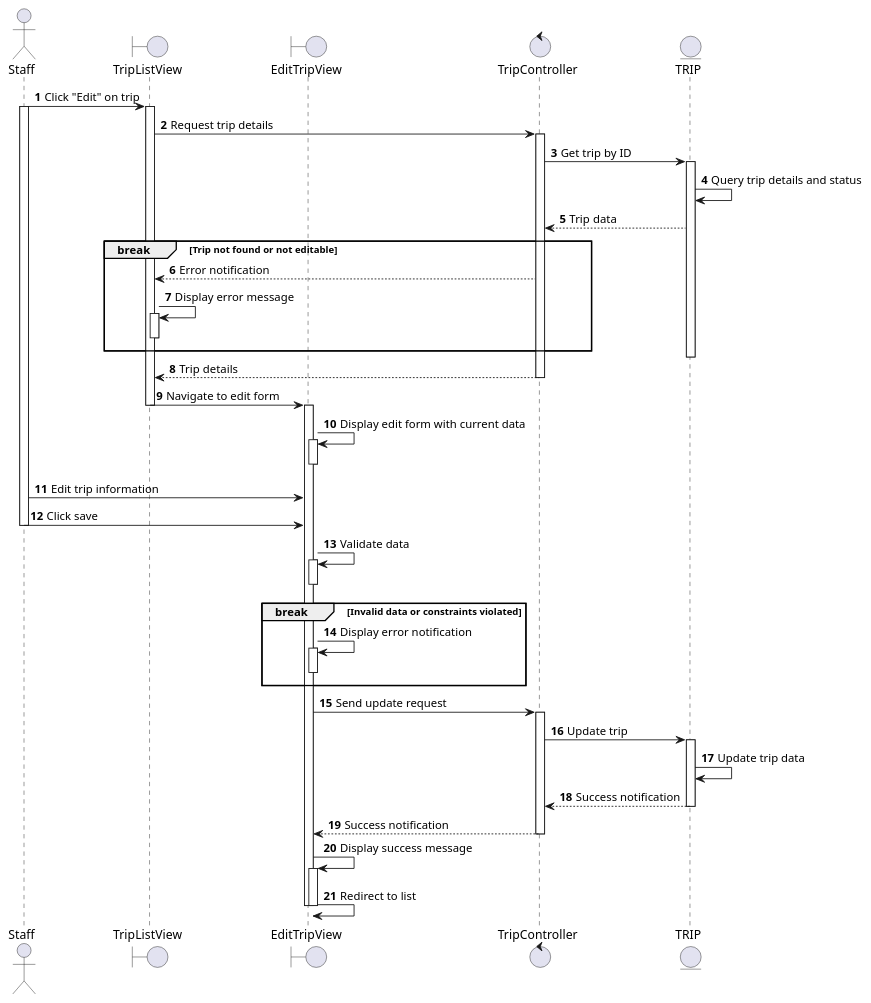
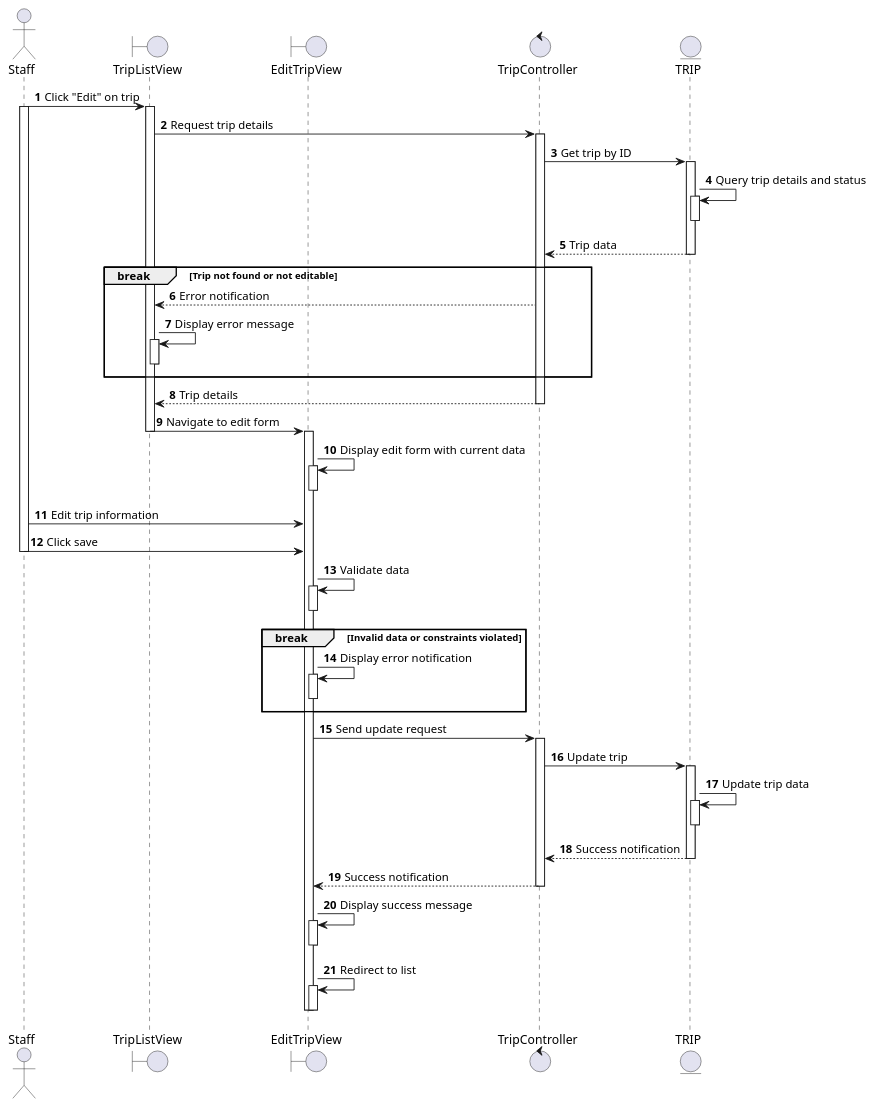
Before and after one commit to se113-wm/se113-wm.github.io: the diagram in docs/docs/sequence/manage-trips/edit-trip.md, drawn with PlantUML. The commit also changed 37 other files, not shown here.

First line of the commit message:
Refactor sequence diagrams for booking and trip management

````diff
--- a/docs/docs/sequence/manage-trips/edit-trip.md
+++ b/docs/docs/sequence/manage-trips/edit-trip.md
@@ -3,69 +3,76 @@
 ```plantuml
 @startuml
 autonumber
 
 actor Staff as S
 boundary TripListView as TLV
 boundary EditTripView as ETV
 control TripController as TC
 entity TRIP as T
 
 S -> TLV: Click "Edit" on trip
 activate S
 activate TLV
 TLV -> TC: Request trip details
 activate TC
 TC -> T: Get trip by ID
 activate T
 T -> T: Query trip details and status
+activate T
+deactivate T
 TC <-- T: Trip data
+deactivate T
 
 break Trip not found or not editable
   TLV <-- TC: Error notification
   TLV -> TLV: Display error message
   activate TLV
   deactivate TLV
 end
 
 deactivate T
 TLV <-- TC: Trip details
 deactivate TC
 TLV -> ETV: Navigate to edit form
 deactivate TLV
 activate ETV
 ETV -> ETV: Display edit form with current data
 activate ETV
 deactivate ETV
 
 S -> ETV: Edit trip information
 S -> ETV: Click save
 deactivate S
 ETV -> ETV: Validate data
 activate ETV
 deactivate ETV
 
 break Invalid data or constraints violated
   ETV -> ETV: Display error notification
   activate ETV
   deactivate ETV
 end
 
 ETV -> TC: Send update request
 activate TC
 TC -> T: Update trip
 activate T
 T -> T: Update trip data
+activate T
+deactivate T
 TC <-- T: Success notification
 deactivate T
 ETV <-- TC: Success notification
 deactivate TC
 ETV -> ETV: Display success message
 activate ETV
+deactivate ETV
 ETV -> ETV: Redirect to list
+activate ETV
 deactivate ETV
 deactivate ETV
 
 @enduml
 
 <!-- diagram id="sequence-manage-trips-edit-trip" -->
 ```
````
